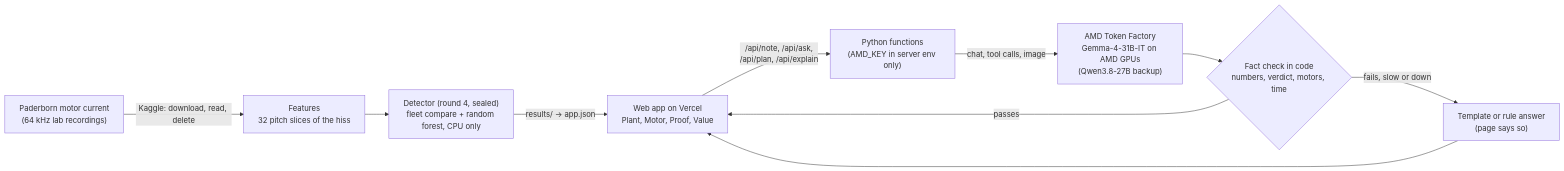
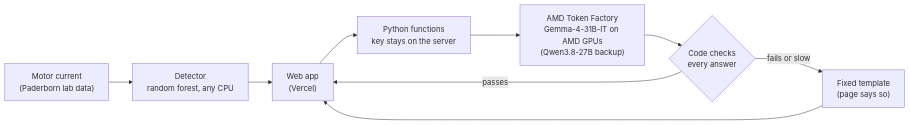
One commit to Hamza-Atiq/bearing-whisperer changed the diagram in README.md. Above: the diagram before and after it, drawn with Mermaid. The commit also changed other lines of this file and 11 other files, not shown here.

````diff
--- a/README.md
+++ b/README.md
@@ -110,11 +47,10 @@
 ```mermaid
 flowchart LR
-    A["Paderborn motor current<br/>(64 kHz lab recordings)"] -->|Kaggle: download, read, delete| B["Features<br/>32 pitch slices of the hiss"]
-    B --> C["Detector (round 4, sealed)<br/>fleet compare + random forest, CPU only"]
-    C -->|results/ -> app.json| D["Web app on Vercel<br/>Plant, Motor, Proof, Value"]
-    D -->|"/api/note, /api/ask,<br/>/api/plan, /api/explain"| E["Python functions<br/>(AMD_KEY in server env only)"]
-    E -->|chat, tool calls, image| F["AMD Token Factory<br/>Gemma-4-31B-IT on AMD GPUs<br/>(Qwen3.8-27B backup)"]
-    F --> G{"Fact check in code<br/>numbers, verdict, motors, time"}
-    G -->|passes| D
-    G -->|fails, slow or down| H["Template or rule answer<br/>(page says so)"] --> D
+    A["Motor current<br/>(Paderborn lab data)"] --> B["Detector<br/>random forest, any CPU"]
+    B --> C["Web app<br/>(Vercel)"]
+    C --> D["Python functions<br/>key stays on the server"]
+    D --> E["AMD Token Factory<br/>Gemma-4-31B-IT on AMD GPUs<br/>(Qwen3.8-27B backup)"]
+    E --> F{"Code checks<br/>every answer"}
+    F -->|passes| C
+    F -->|fails or slow| G["Fixed template<br/>(page says so)"] --> C
 ```
````
